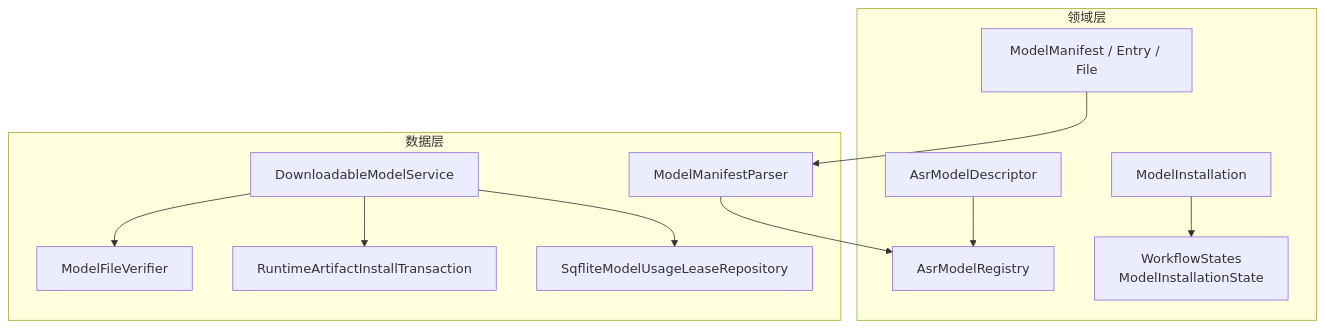
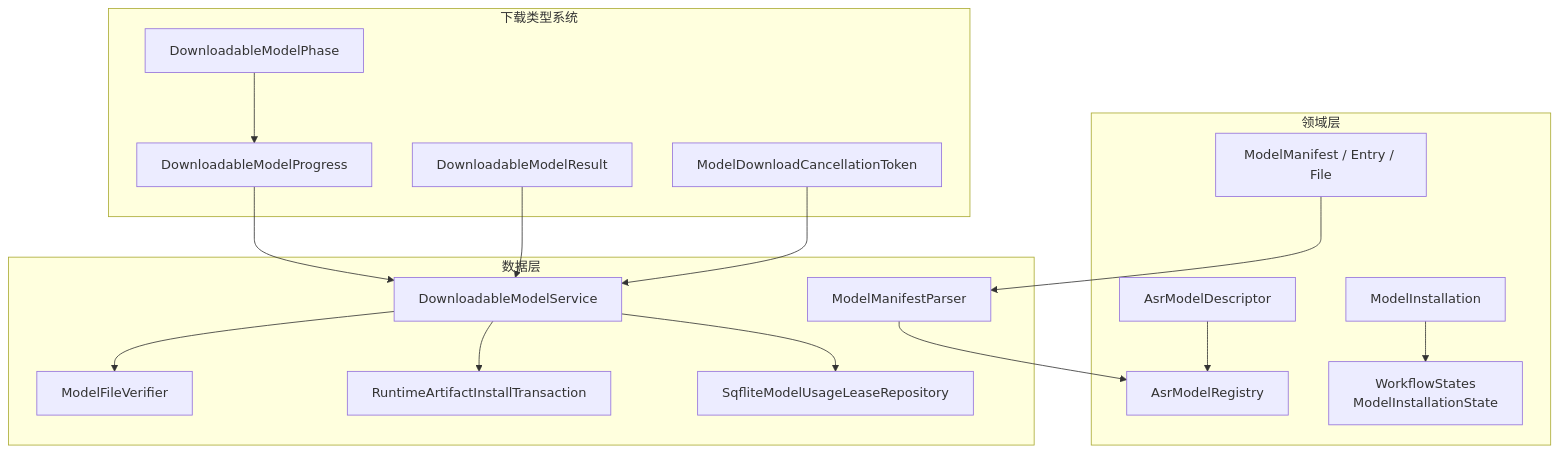
Before and after one commit to zhangheng2022/meet_trace: the first of 7 diagrams in .qoder/repowiki/zh/content/核心功能模块/模型管理系统.md, drawn with Mermaid. The commit also changed other lines of this file and 111 other files, not shown here.

````diff
--- a/.qoder/repowiki/zh/content/核心功能模块/模型管理系统.md
+++ b/.qoder/repowiki/zh/content/核心功能模块/模型管理系统.md
@@ -43,24 +54,34 @@
 ```mermaid
 graph TB
 subgraph "领域层"
 A["AsrModelDescriptor"]
 B["AsrModelRegistry"]
 C["ModelManifest / Entry / File"]
 D["ModelInstallation"]
 E["WorkflowStates<br/>ModelInstallationState"]
 end
+subgraph "下载类型系统"
+F["DownloadableModelPhase"]
+G["DownloadableModelProgress"]
+H["DownloadableModelResult"]
+I["ModelDownloadCancellationToken"]
+end
 subgraph "数据层"
-F["DownloadableModelService"]
-G["ModelFileVerifier"]
-H["RuntimeArtifactInstallTransaction"]
-I["ModelManifestParser"]
-J["SqfliteModelUsageLeaseRepository"]
+J["DownloadableModelService"]
+K["ModelFileVerifier"]
+L["RuntimeArtifactInstallTransaction"]
+M["ModelManifestParser"]
+N["SqfliteModelUsageLeaseRepository"]
 end
 A --> B
-C --> I
+C --> M
 D --> E
+J --> K
+J --> L
+J --> N
+M --> B
 F --> G
-F --> H
-F --> J
-I --> B
+G --> J
+H --> J
+I --> J
 ```
````
